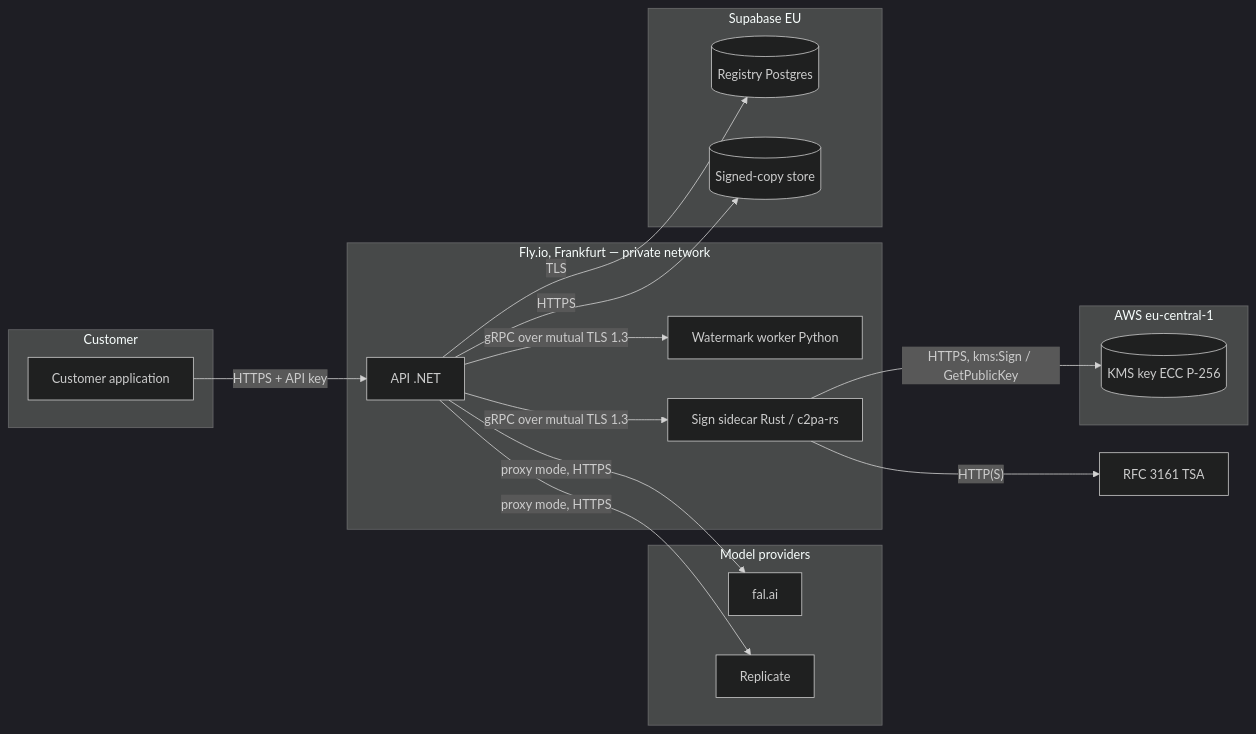
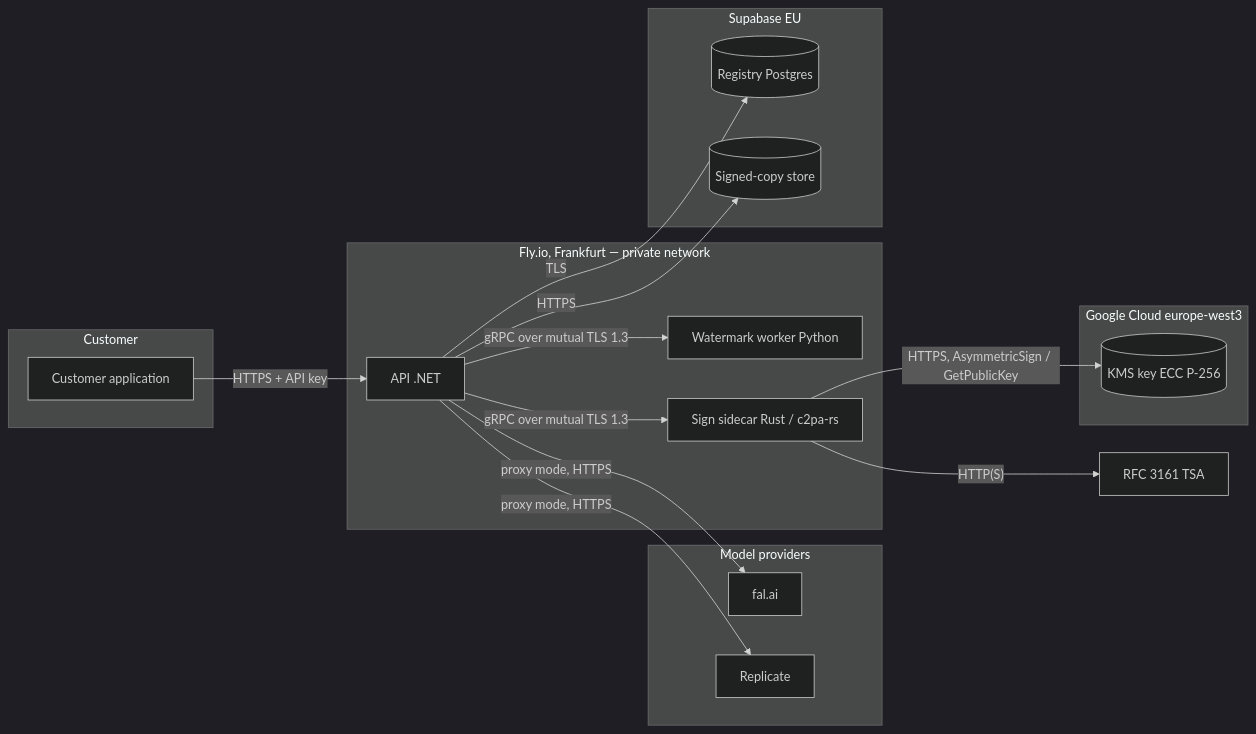
The diagram in docs/conformance/security-architecture.md (AivaStack/signunder), drawn with Mermaid (dark theme) before and after one commit. The commit also changed other lines of this file and 4 other files, not shown here.

First line of the commit message:
Docs: ADR 0011 Google Cloud KMS; SIGNUNDER.md, CLAUDE.md and security document updated

````diff
--- a/docs/conformance/security-architecture.md
+++ b/docs/conformance/security-architecture.md
@@ -105,32 +106,32 @@
 ```mermaid
 flowchart LR
   subgraph Customer
     App[Customer application]
   end
   subgraph Providers[Model providers]
     Fal[fal.ai]
     Rep[Replicate]
   end
   subgraph Fly[Fly.io, Frankfurt — private network]
     API[API .NET]
     WM[Watermark worker Python]
     SC[Sign sidecar Rust / c2pa-rs]
   end
-  subgraph AWS[AWS eu-central-1]
+  subgraph GCP[Google Cloud europe-west3]
     KMS[(KMS key ECC P-256)]
   end
   subgraph Supabase[Supabase EU]
     DB[(Registry Postgres)]
     S3[(Signed-copy store)]
   end
   TSA[RFC 3161 TSA]
   App -- HTTPS + API key --> API
   API -- proxy mode, HTTPS --> Fal
   API -- proxy mode, HTTPS --> Rep
   API -- gRPC over mutual TLS 1.3 --> WM
   API -- gRPC over mutual TLS 1.3 --> SC
-  SC -- HTTPS, kms:Sign / GetPublicKey --> KMS
+  SC -- HTTPS, AsymmetricSign / GetPublicKey --> KMS
   SC -- HTTP(S) --> TSA
   API -- TLS --> DB
   API -- HTTPS --> S3
 ```
````
